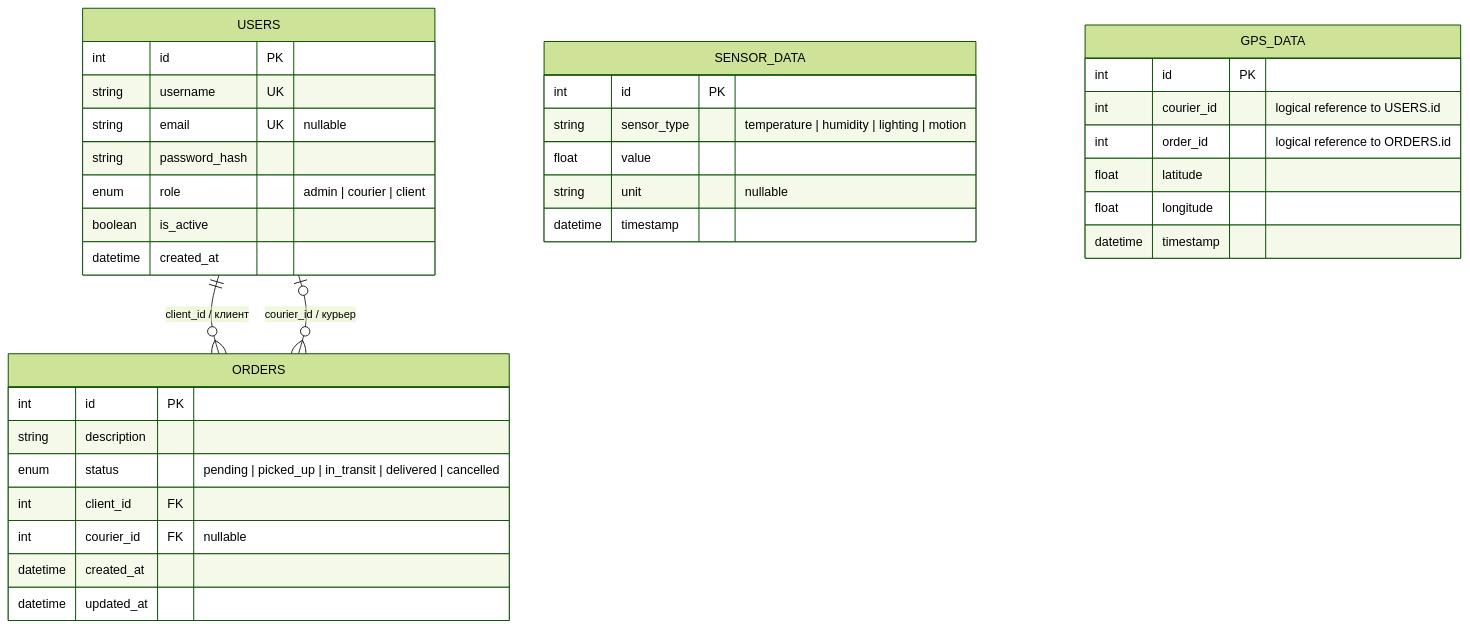
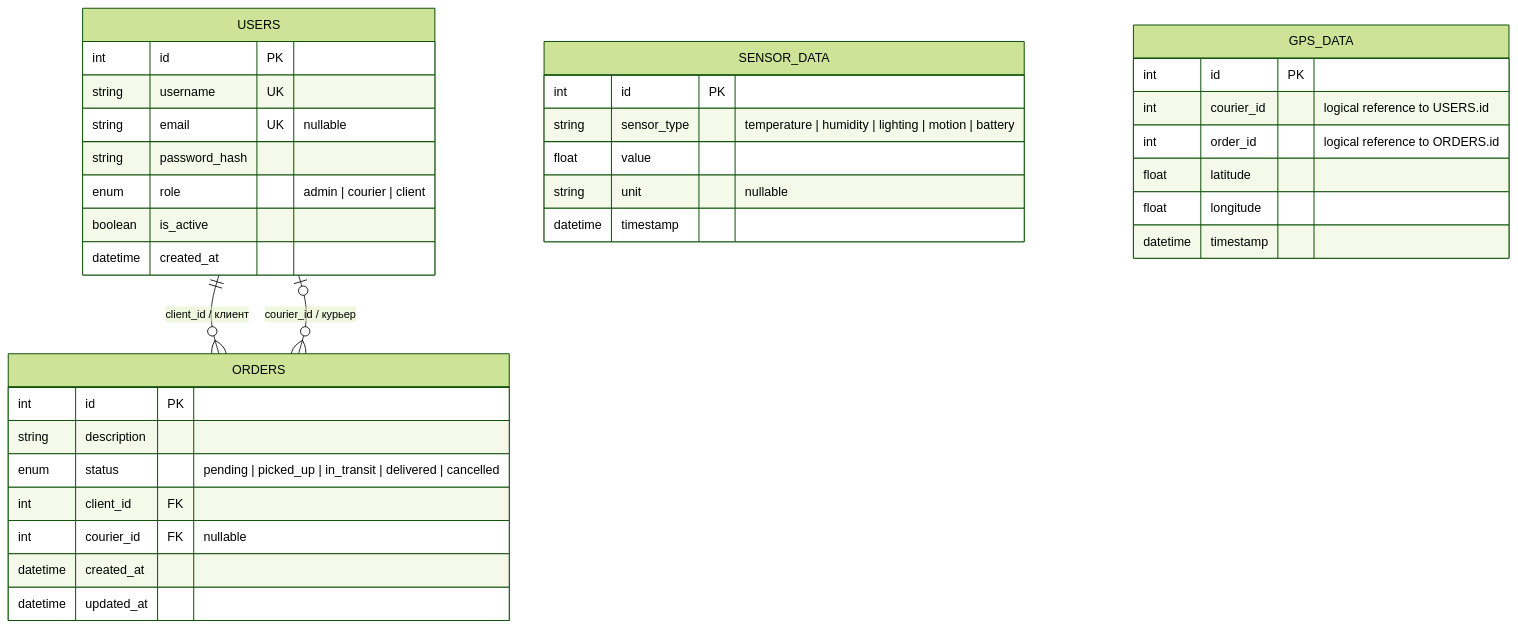
The diagram in database-schema/README.md (qwmeiwe/sklad), drawn with Mermaid (forest theme) before and after one commit. The commit also changed other lines of this file and 8 other files, not shown here.

First line of the commit message:
feat: add realistic sensor drift and battery replacement

````diff
--- a/database-schema/README.md
+++ b/database-schema/README.md
@@ -14,42 +14,42 @@
 ```mermaid
 erDiagram
     USERS ||--o{ ORDERS : "client_id / клиент"
     USERS o|--o{ ORDERS : "courier_id / курьер"
 
     USERS {
         int id PK
         string username UK
         string email UK "nullable"
         string password_hash
         enum role "admin | courier | client"
         boolean is_active
         datetime created_at
     }
 
     ORDERS {
         int id PK
         string description
         enum status "pending | picked_up | in_transit | delivered | cancelled"
         int client_id FK
         int courier_id FK "nullable"
         datetime created_at
         datetime updated_at
     }
 
     SENSOR_DATA {
         int id PK
-        string sensor_type "temperature | humidity | lighting | motion"
+        string sensor_type "temperature | humidity | lighting | motion | battery"
         float value
         string unit "nullable"
         datetime timestamp
     }
 
     GPS_DATA {
         int id PK
         int courier_id "logical reference to USERS.id"
         int order_id "logical reference to ORDERS.id"
         float latitude
         float longitude
         datetime timestamp
     }
 ```
````
